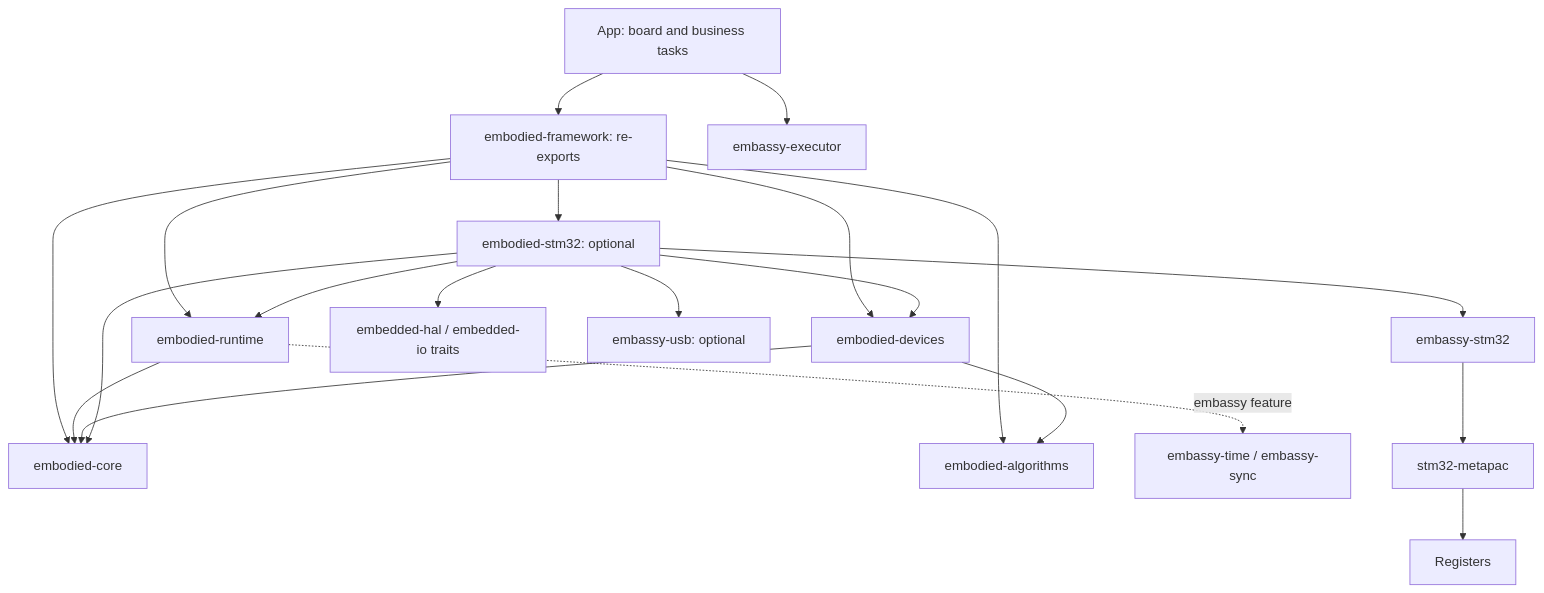
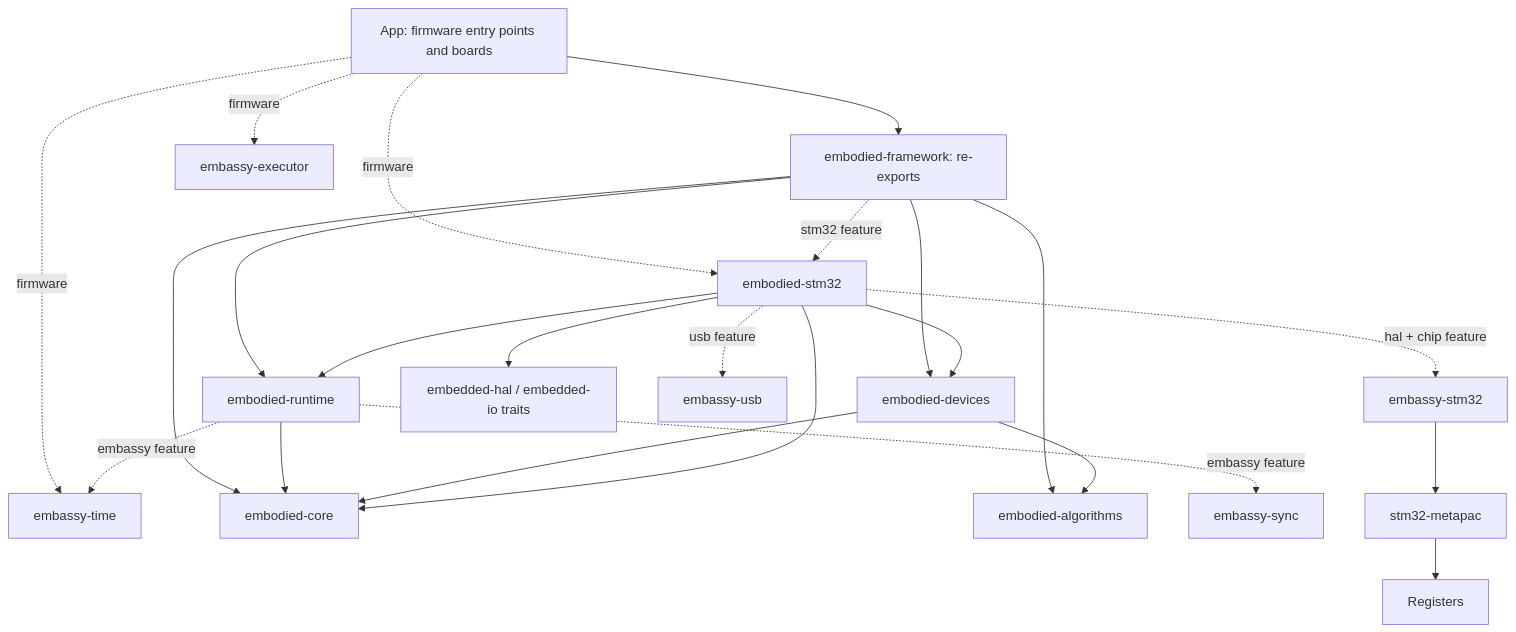
The first of 4 diagrams in docs/en/architecture.md (NomadJoeviolet/rivet32), drawn with Mermaid before and after one commit. The commit also changed other lines of this file and 9 other files, not shown here.

Commit message:
test: add host PoC and document Rust architecture boundaries

````diff
--- a/docs/en/architecture.md
+++ b/docs/en/architecture.md
@@ -14,22 +14,25 @@
 ```mermaid
 flowchart TD
-    A[App: board and business tasks] --> F[embodied-framework: re-exports]
-    A --> EX[embassy-executor]
+    A[App: firmware entry points and boards] --> F[embodied-framework: re-exports]
+    A -. firmware .-> EX[embassy-executor]
+    A -. firmware .-> ET[embassy-time]
+    A -. firmware .-> ST[embodied-stm32]
     F --> C[embodied-core]
     F --> R[embodied-runtime]
     F --> AL[embodied-algorithms]
     F --> D[embodied-devices]
-    F --> ST[embodied-stm32: optional]
+    F -. stm32 feature .-> ST
     R --> C
     D --> C
     D --> AL
     ST --> C
     ST --> D
     ST --> R
-    ST --> HAL[embassy-stm32]
+    ST -. hal + chip feature .-> HAL[embassy-stm32]
     ST --> EH[embedded-hal / embedded-io traits]
-    ST --> USB[embassy-usb: optional]
-    R -. embassy feature .-> ET[embassy-time / embassy-sync]
+    ST -. usb feature .-> USB[embassy-usb]
+    R -. embassy feature .-> ET
+    R -. embassy feature .-> ES[embassy-sync]
     HAL --> PAC[stm32-metapac]
     PAC --> MCU[Registers]
 ```
````
